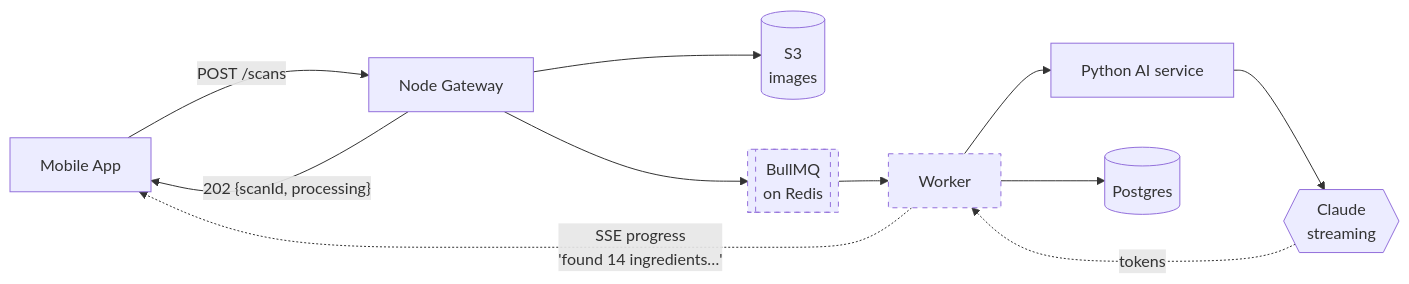
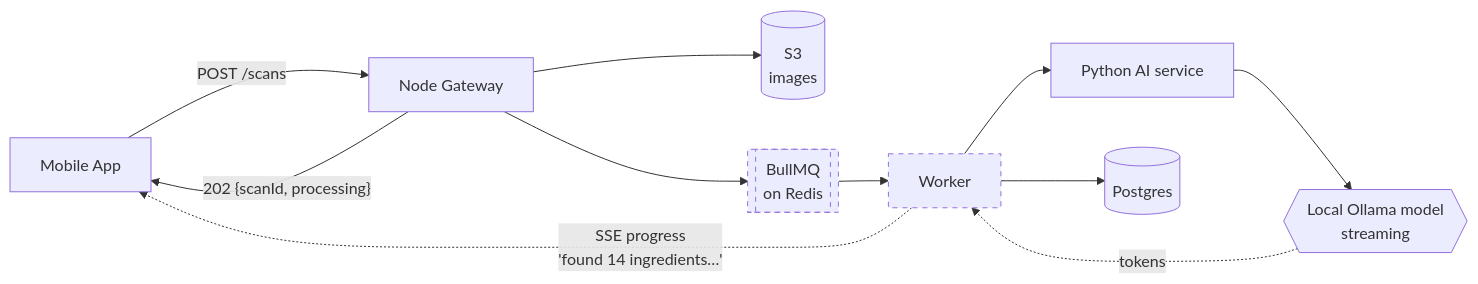
The sixth of 6 diagrams in labelwise-scaffold/labelwise/docs/architecture-diagram.md (dipal0708/ScanBite), drawn with Mermaid before and after one commit. The commit also changed other lines of this file and 17 other files, not shown here.

````diff
--- a/labelwise-scaffold/labelwise/docs/architecture-diagram.md
+++ b/labelwise-scaffold/labelwise/docs/architecture-diagram.md
@@ -264,16 +264,16 @@
 ```mermaid
 flowchart LR
     App["Mobile App"] -->|"POST /scans"| API["Node Gateway"]
     API -->|"202 {scanId, processing}"| App
     API --> S3[("S3<br/>images")]
     API --> Q[["BullMQ<br/>on Redis"]]
     Q --> W["Worker"]
     W --> AI["Python AI service"]
-    AI --> C{{"Claude<br/>streaming"}}
+    AI --> C{{"Local Ollama model<br/>streaming"}}
     C -.->|"tokens"| W
     W --> PG[("Postgres")]
     W -.->|"SSE progress<br/>'found 14 ingredients…'"| App
 
     style Q stroke-dasharray: 5 5
     style W stroke-dasharray: 5 5
 ```
````
